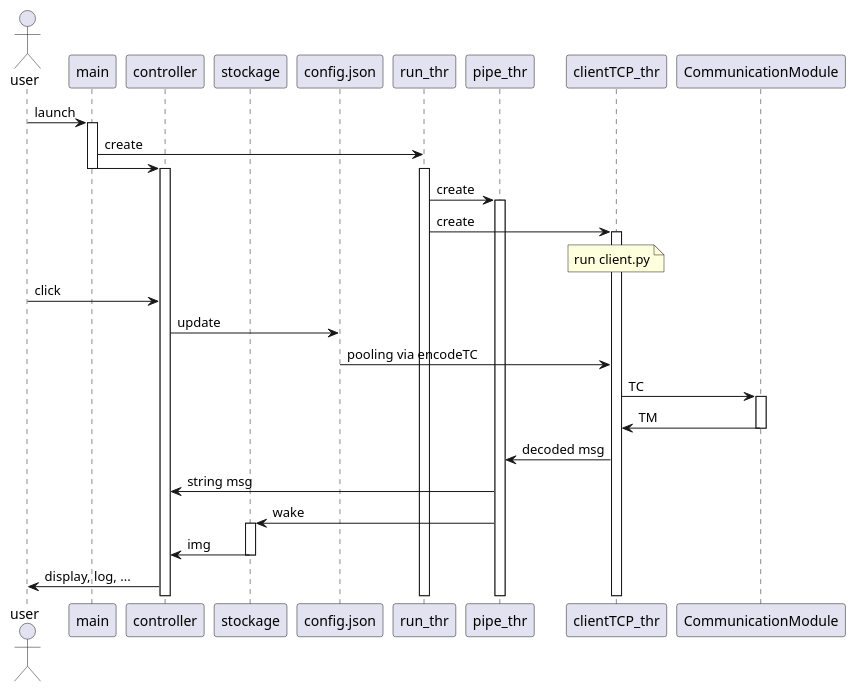
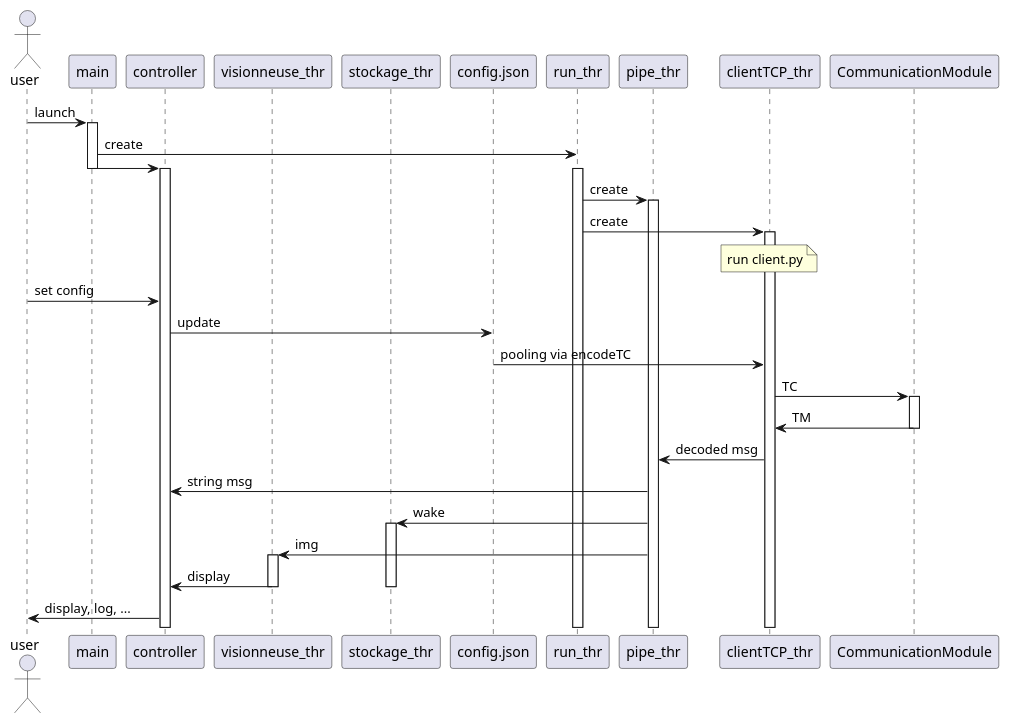
One commit to GuilhemROLLAND/A-Eye_Documentation changed the diagram in plantuml/A-Eye_Controller.plantuml. Above: the diagram before and after it, drawn with PlantUML. The commit also changed 1 other file, not shown here.

Commit message:
add thread for storage and visionneuse

```diff
--- a/plantuml/A-Eye_Controller.plantuml
+++ b/plantuml/A-Eye_Controller.plantuml
@@ -1,42 +1,46 @@
 @startuml A-Eye_Controller_sequence_diagram
 actor user
 participant main 
 participant controller
-participant stockage
+participant visionneuse_thr
+participant stockage_thr as stockage
 participant config.json
 participant run_thr
 participant pipe_thr
 participant clientTCP_thr
 participant CommunicationModule
 
 user -> main : launch
 activate main
 main -> run_thr : create
 main -> controller : 
 deactivate main 
 activate controller
 activate run_thr 
 run_thr -> pipe_thr : create
 activate pipe_thr
 run_thr -> clientTCP_thr : create
 activate clientTCP_thr
 note over clientTCP_thr : run client.py
-user -> controller : click
+user -> controller : set config
 controller -> config.json : update
 config.json -> clientTCP_thr : pooling via encodeTC
 clientTCP_thr -> CommunicationModule : TC
 activate CommunicationModule
 CommunicationModule -> clientTCP_thr : TM
 deactivate CommunicationModule
 clientTCP_thr -> pipe_thr : decoded msg
 pipe_thr -> controller : string msg 
 pipe_thr -> stockage : wake
 activate stockage
-stockage -> controller : img
+pipe_thr -> visionneuse_thr : img
+activate visionneuse_thr
+visionneuse_thr -> controller : display
+deactivate visionneuse_thr
 deactivate stockage 
 controller -> user : display, log, ...
 
 ' deactivate controller 
 ' deactivate clientTCP_thr 
 ' deactivate pipe_thr 
 @enduml
```
